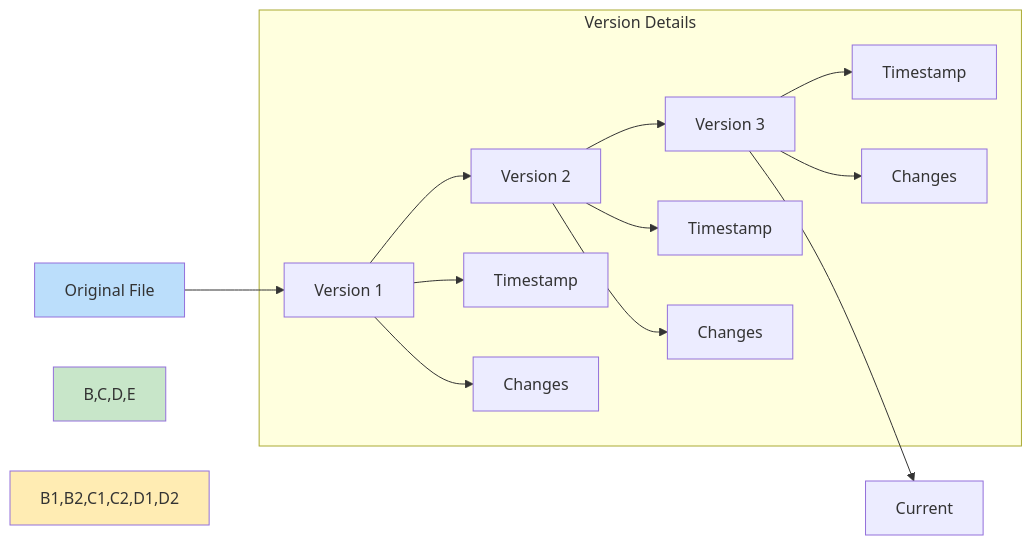
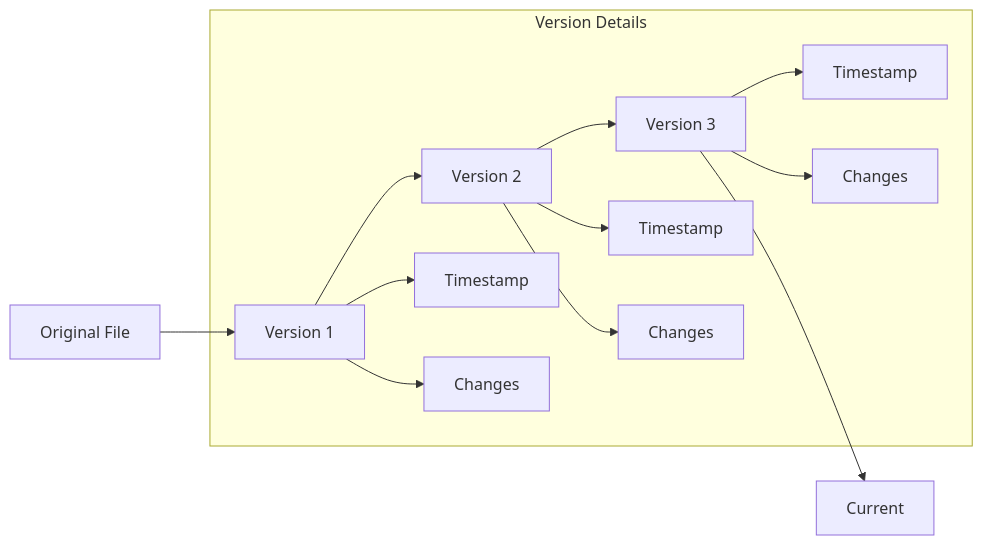
The eighth of 17 diagrams in Docs/DevelopmentGuide/DETAILED_IMPLEMENTATION.md (LGICCommunity/NoteCLI), drawn with Mermaid before and after one commit. The commit also changed other lines of this file and 1 other file, not shown here.

````diff
--- a/Docs/DevelopmentGuide/DETAILED_IMPLEMENTATION.md
+++ b/Docs/DevelopmentGuide/DETAILED_IMPLEMENTATION.md
@@ -206,20 +191,18 @@
 ```mermaid
 graph LR
     A[Original File] --> B[Version 1]
     B --> C[Version 2]
     C --> D[Version 3]
     D --> E[Current]
     
     subgraph "Version Details"
         B --> B1[Timestamp]
         B --> B2[Changes]
         C --> C1[Timestamp]
         C --> C2[Changes]
         D --> D1[Timestamp]
         D --> D2[Changes]
     end
     
-    style A fill:#bbdefb
-    style B,C,D,E fill:#c8e6c9
-    style B1,B2,C1,C2,D1,D2 fill:#ffecb3
+
 ```
````
